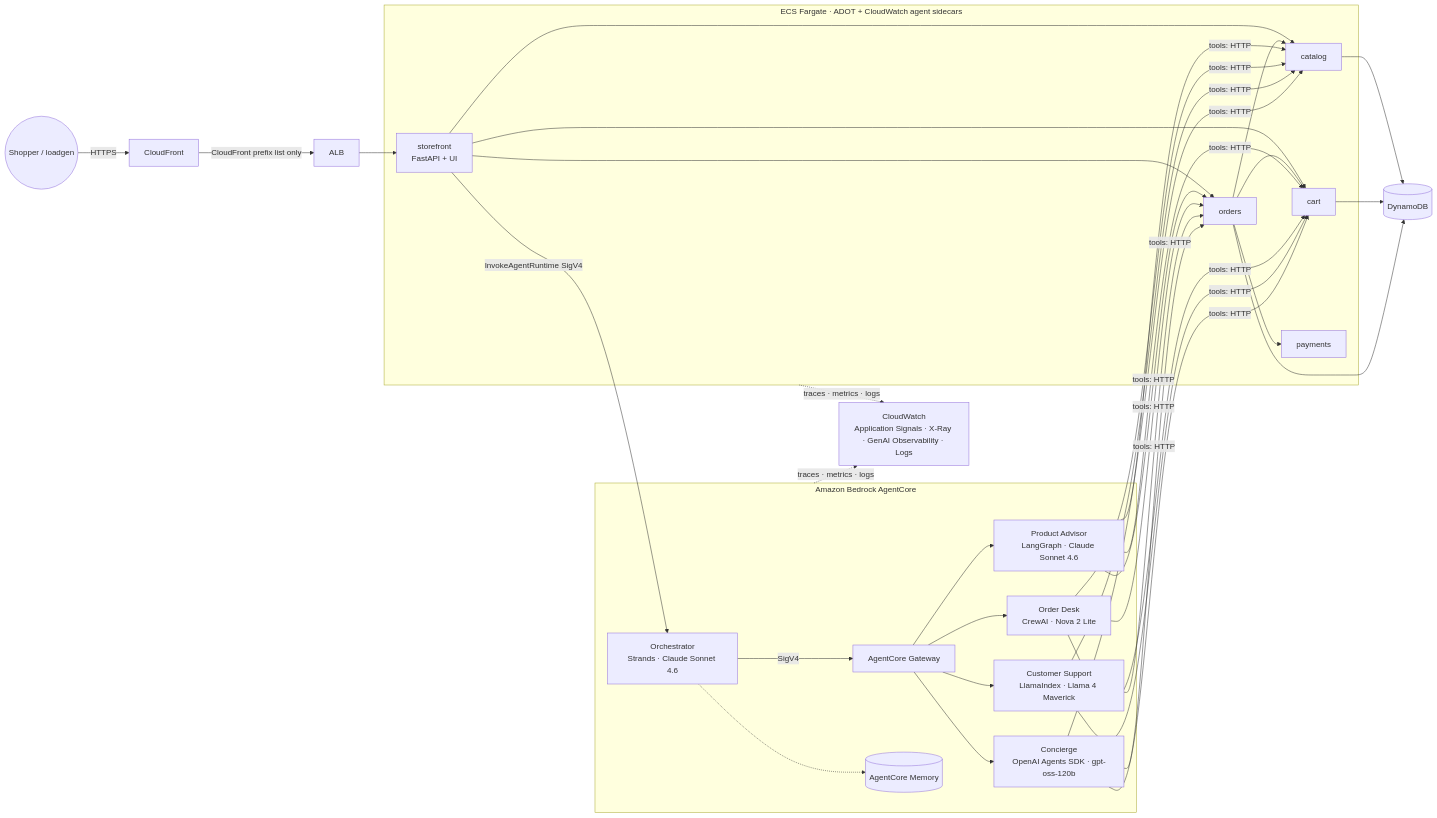
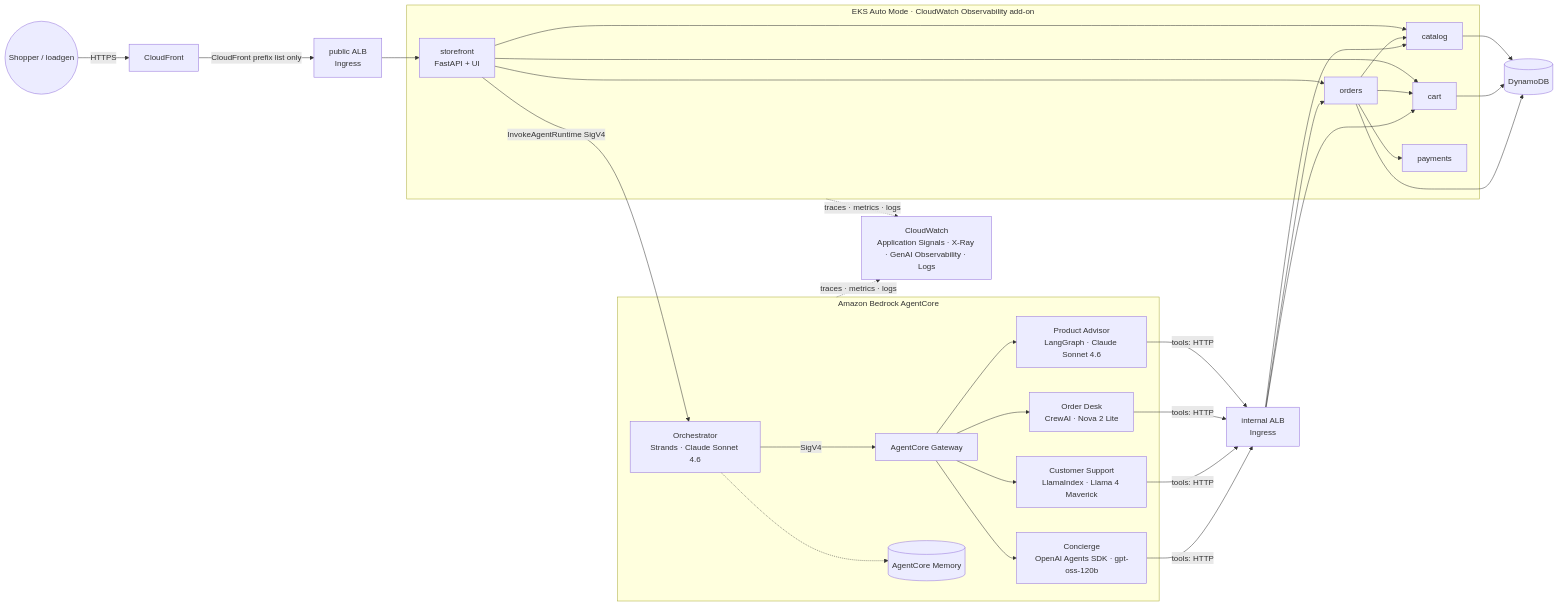
Before and after one commit to kkvinjam/neonbyte-observability-demo: the diagram in README.md, drawn with Mermaid. The commit also changed other lines of this file and 9 other files, not shown here.

First line of the commit message:
feat: run the microservices on EKS Auto Mode instead of ECS Fargate

````diff
--- a/README.md
+++ b/README.md
@@ -19,22 +20,22 @@
 ```mermaid
 flowchart LR
   shopper((Shopper / loadgen)) -->|HTTPS| cf[CloudFront]
-  cf -->|CloudFront prefix list only| alb[ALB]
+  cf -->|CloudFront prefix list only| alb[public ALB<br/>Ingress]
   alb --> sf[storefront<br/>FastAPI + UI]
-  subgraph ECS["ECS Fargate · ADOT + CloudWatch agent sidecars"]
+  subgraph EKS["EKS Auto Mode · CloudWatch Observability add-on"]
     sf --> cat[catalog] & cart[cart] & ord[orders]
     ord --> cart & cat & pay[payments]
   end
   cat & cart & ord --> ddb[(DynamoDB)]
   sf -->|InvokeAgentRuntime SigV4| orch
   subgraph AC["Amazon Bedrock AgentCore"]
     orch[Orchestrator<br/>Strands · Claude Sonnet 4.6] -->|SigV4| gw[AgentCore Gateway]
     gw --> adv[Product Advisor<br/>LangGraph · Claude Sonnet 4.6]
     gw --> od[Order Desk<br/>CrewAI · Nova 2 Lite]
     gw --> sup[Customer Support<br/>LlamaIndex · Llama 4 Maverick]
     gw --> con[Concierge<br/>OpenAI Agents SDK · gpt-oss-120b]
     orch -.-> mem[(AgentCore Memory)]
   end
-  adv & od & sup & con -->|tools: HTTP| cat & cart & ord
-  ECS & AC -.->|traces · metrics · logs| cw[CloudWatch<br/>Application Signals · X-Ray · GenAI Observability · Logs]
+  adv & od & sup & con -->|tools: HTTP| ialb[internal ALB<br/>Ingress] --> cat & cart & ord
+  EKS & AC -.->|traces · metrics · logs| cw[CloudWatch<br/>Application Signals · X-Ray · GenAI Observability · Logs]
 ```
````
